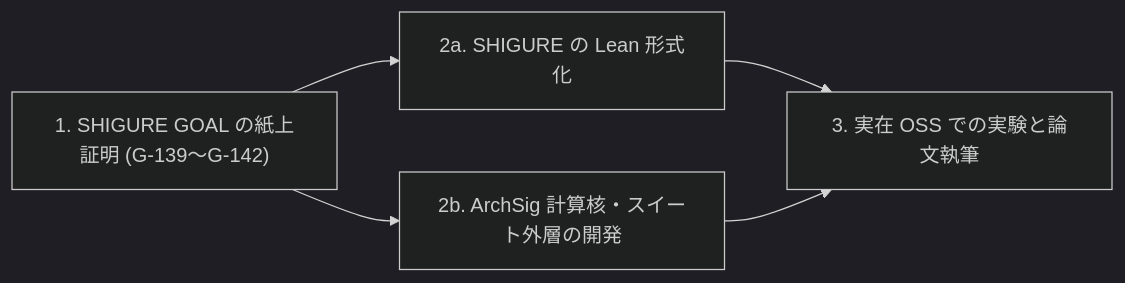
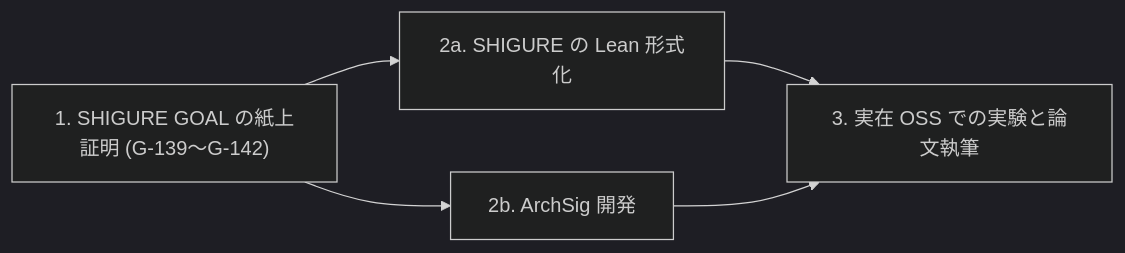
Before and after one commit to iroha1203/AlgebraicArchitectureTheoryV2: the second of 2 diagrams in docs/note/n1021_unified_tool_suite_rising_sea.md, drawn with Mermaid (dark theme). The commit also changed other lines of this file, not shown here.

````diff
--- a/docs/note/n1021_unified_tool_suite_rising_sea.md
+++ b/docs/note/n1021_unified_tool_suite_rising_sea.md
@@ -257,7 +257,7 @@
 ```mermaid
 flowchart LR
   S1["1. SHIGURE GOAL の紙上証明 (G-139〜G-142)"] --> S2A["2a. SHIGURE の Lean 形式化"]
-  S1 --> S2B["2b. ArchSig 計算核・スイート外層の開発"]
+  S1 --> S2B["2b. ArchSig 開発"]
   S2A --> S3["3. 実在 OSS での実験と論文執筆"]
   S2B --> S3
 ```
````
